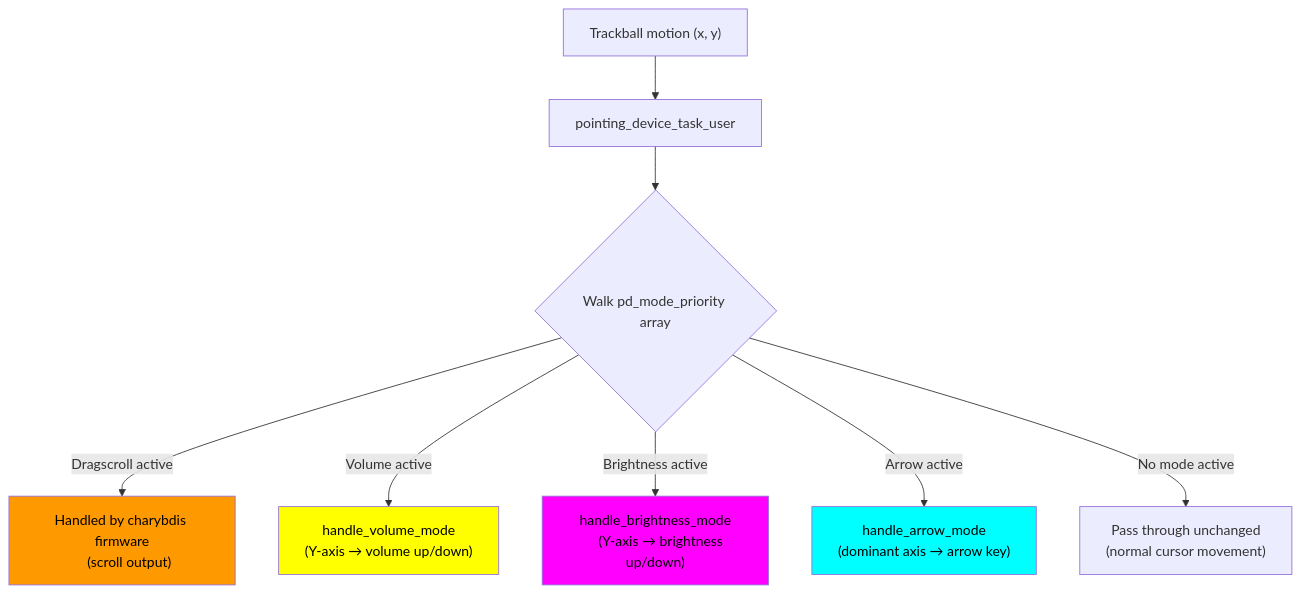
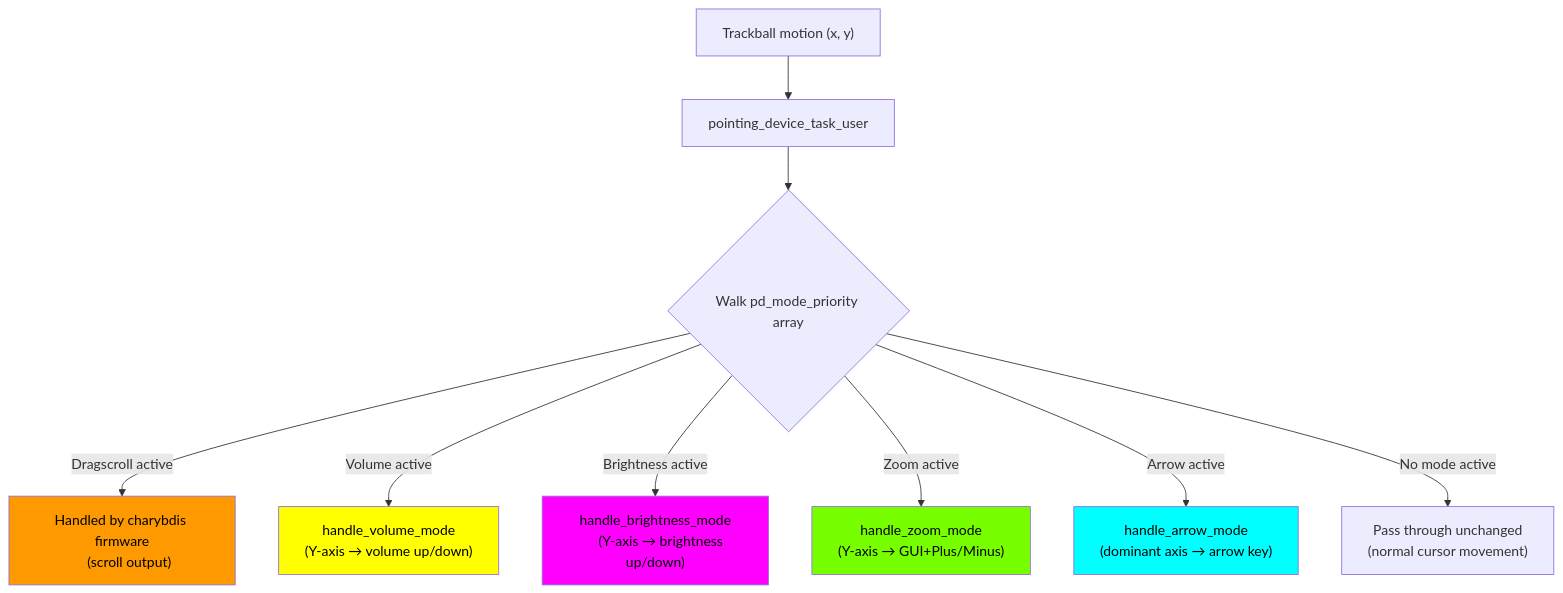
One commit to NoahCLR/charybdis-4x6 changed the fourth of 7 diagrams in DIAGRAMS.md. Above: the diagram before and after it, drawn with Mermaid. The commit also changed other lines of this file and 5 other files, not shown here.

First line of the commit message:
Add zoom mode, tap/hold mode keys, and documentation updates

````diff
--- a/DIAGRAMS.md
+++ b/DIAGRAMS.md
@@ -108,21 +114,24 @@
 ```mermaid
 flowchart TD
     A["Trackball motion (x, y)"] --> B[pointing_device_task_user]
     B --> C{Walk pd_mode_priority array}
 
     C -- "Dragscroll active" --> D["Handled by charybdis firmware
     (scroll output)"]
     C -- "Volume active" --> E["handle_volume_mode
     (Y-axis → volume up/down)"]
     C -- "Brightness active" --> F["handle_brightness_mode
     (Y-axis → brightness up/down)"]
+    C -- "Zoom active" --> Z["handle_zoom_mode
+    (Y-axis → GUI+Plus/Minus)"]
     C -- "Arrow active" --> G["handle_arrow_mode
     (dominant axis → arrow key)"]
     C -- "No mode active" --> H["Pass through unchanged
     (normal cursor movement)"]
 
     style D fill:#f90,color:#000
     style E fill:#ff0,color:#000
     style F fill:#f0f,color:#000
+    style Z fill:#7f0,color:#000
     style G fill:#0ff,color:#000
 ```
````
